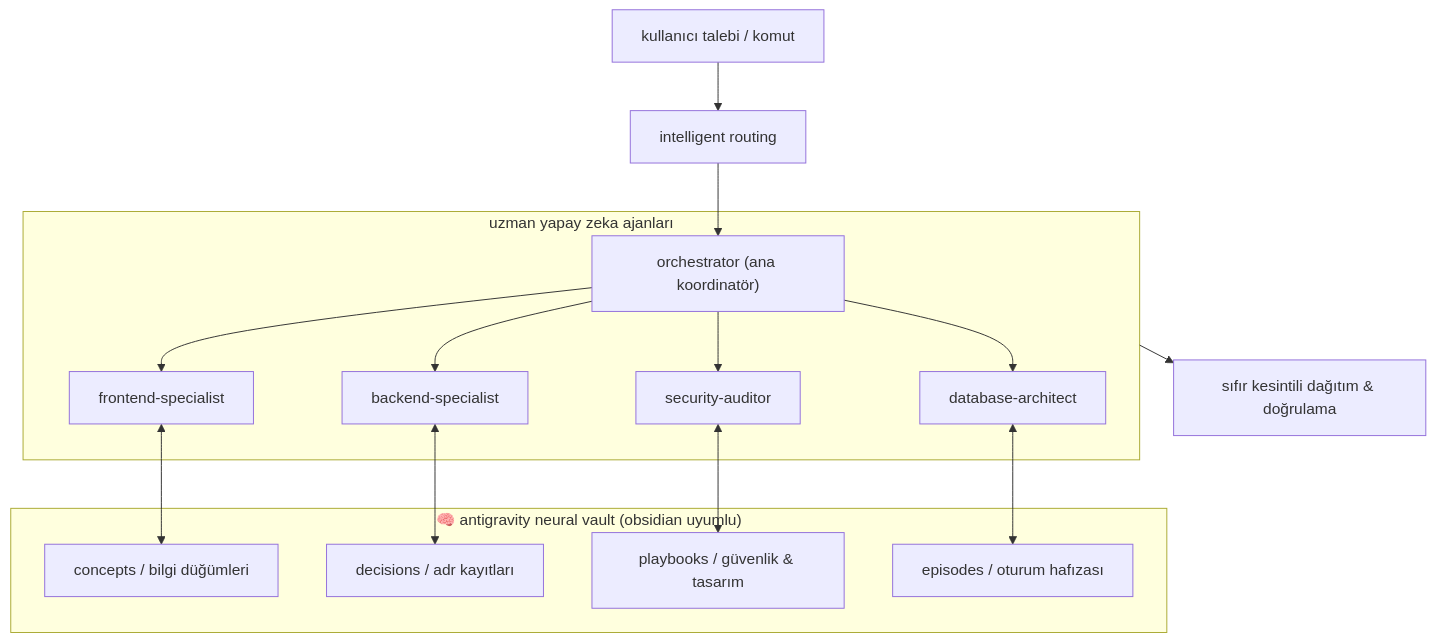
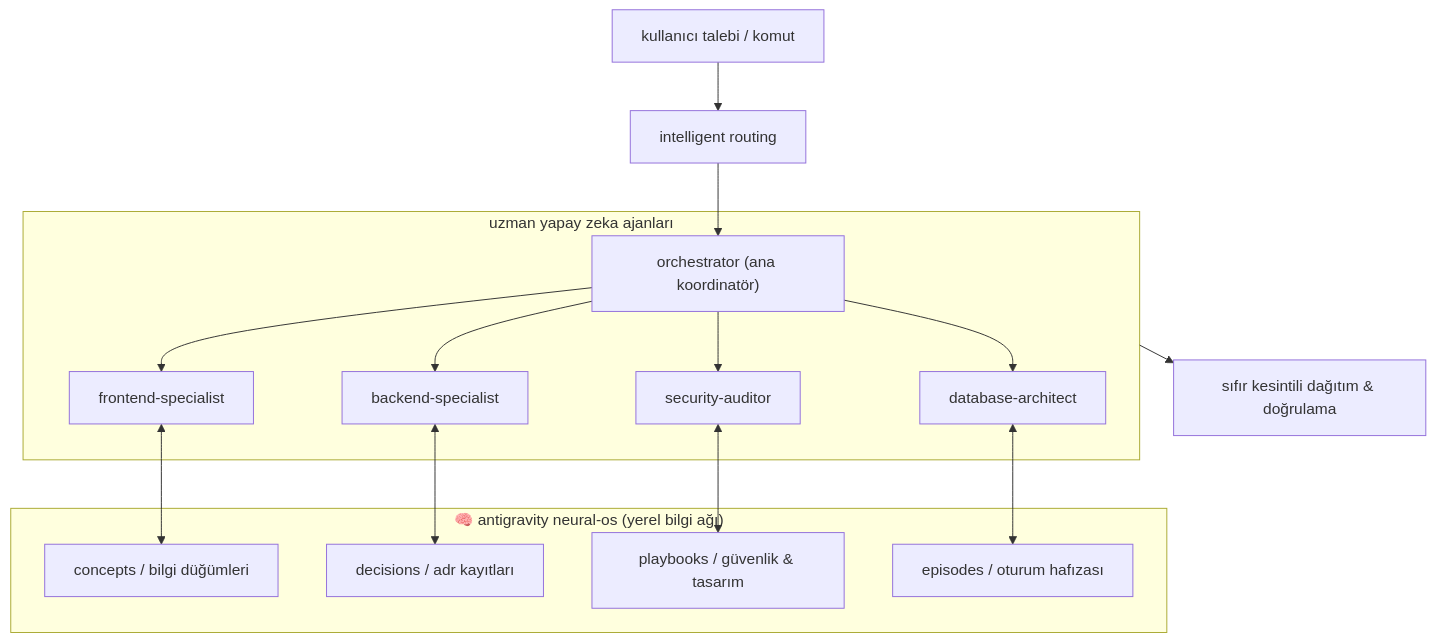
One commit to cantoksun/antigravityenterprisekit changed the diagram in .agent/vault/concepts/architecture-overview.md. Above: the diagram before and after it, drawn with Mermaid. The commit also changed 11 other files, not shown here.

Commit message:
refactor(neural-os): obsidian bagimliliklarinin ve kaliplarinin tamamen temizlenmesi, antigravity kite ozgu yerel mimarinin tamamlanmasi

````diff
--- a/.agent/vault/concepts/architecture-overview.md
+++ b/.agent/vault/concepts/architecture-overview.md
@@ -25,21 +25,21 @@
 ```mermaid
 flowchart TD
     user["kullanıcı talebi / komut"] --> router["intelligent routing"]
     router --> orch["orchestrator (ana koordinatör)"]
     
     subgraph agents ["uzman yapay zeka ajanları"]
         orch --> front["frontend-specialist"]
         orch --> back["backend-specialist"]
         orch --> sec["security-auditor"]
         orch --> db["database-architect"]
     end
     
-    subgraph neural_vault ["🧠 antigravity neural vault (obsidian uyumlu)"]
+    subgraph neural_vault ["🧠 antigravity neural-os (yerel bilgi ağı)"]
         front <--> vault_concepts["concepts / bilgi düğümleri"]
         back <--> vault_decisions["decisions / adr kayıtları"]
         sec <--> vault_playbooks["playbooks / güvenlik & tasarım"]
         db <--> vault_episodes["episodes / oturum hafızası"]
     end
     
     agents --> delivery["sıfır kesintili dağıtım & doğrulama"]
 ```
````
